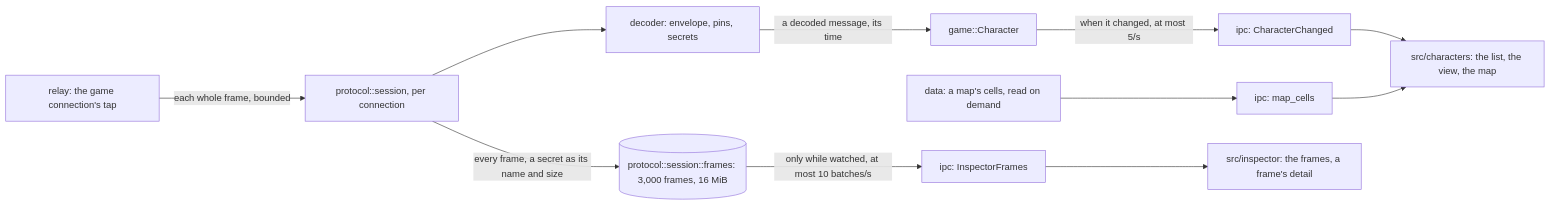
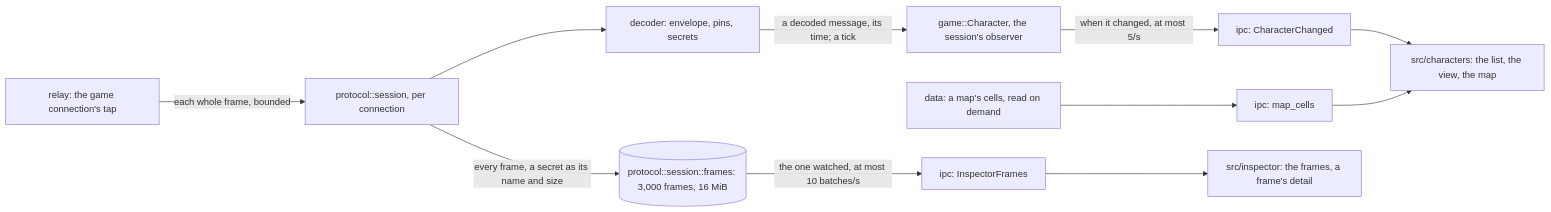
Before and after one commit to AerafalDev/D3B: the diagram in docs/game.md, drawn with Mermaid. The commit also changed other lines of this file and 2 other files, not shown here.

Commit message:
docs(game): settle what the review of the live view's design found

````diff
--- a/docs/game.md
+++ b/docs/game.md
@@ -7,13 +7,13 @@
 ```mermaid
 flowchart LR
     tap["relay: the game connection's tap"] -->|"each whole frame, bounded"| task["protocol::session, per connection"]
     task --> dec["decoder: envelope, pins, secrets"]
-    dec -->|"a decoded message, its time"| ch["game::Character"]
+    dec -->|"a decoded message, its time; a tick"| obs["game::Character, the session's observer"]
     task -->|"every frame, a secret as its name and size"| ring[("protocol::session::frames: 3,000 frames, 16 MiB")]
-    ch -->|"when it changed, at most 5/s"| ev1["ipc: CharacterChanged"]
-    ring -->|"only while watched, at most 10 batches/s"| ev2["ipc: InspectorFrames"]
+    obs -->|"when it changed, at most 5/s"| ev1["ipc: CharacterChanged"]
+    ring -->|"the one watched, at most 10 batches/s"| ev2["ipc: InspectorFrames"]
     maps["data: a map's cells, read on demand"] --> cmd["ipc: map_cells"]
     ev1 --> view["src/characters: the list, the view, the map"]
     cmd --> view
     ev2 --> insp["src/inspector: the frames, a frame's detail"]
 ```
````
